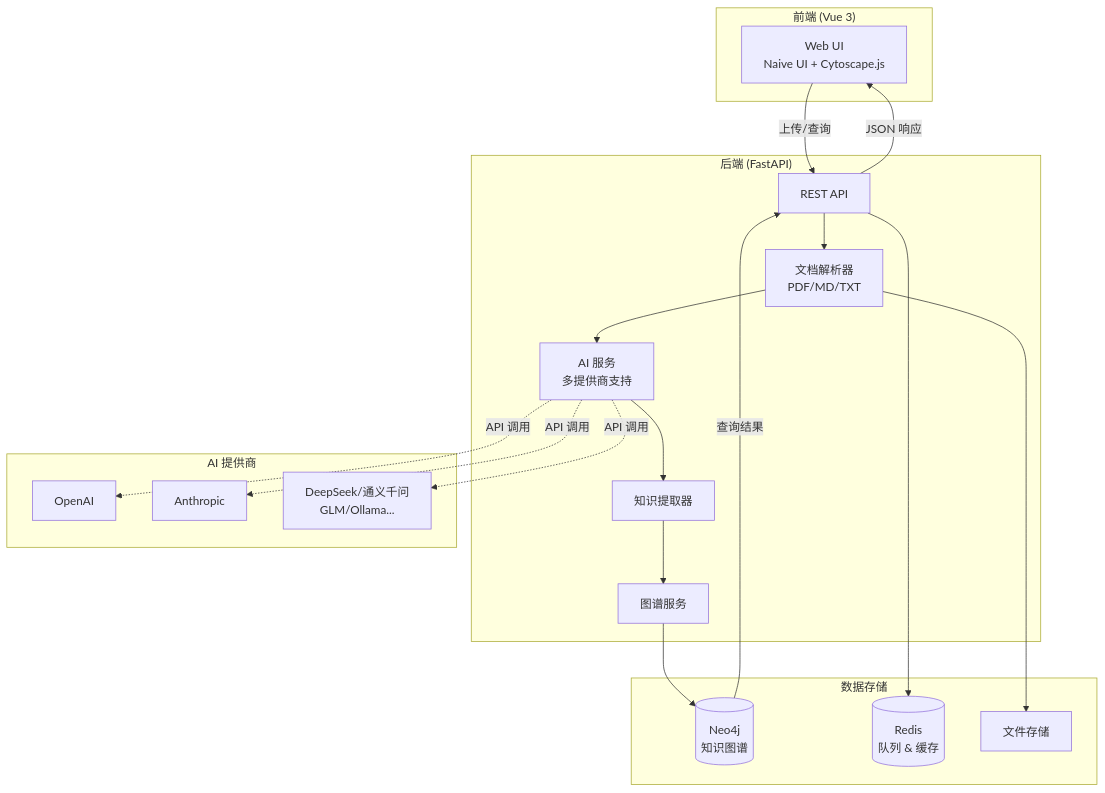
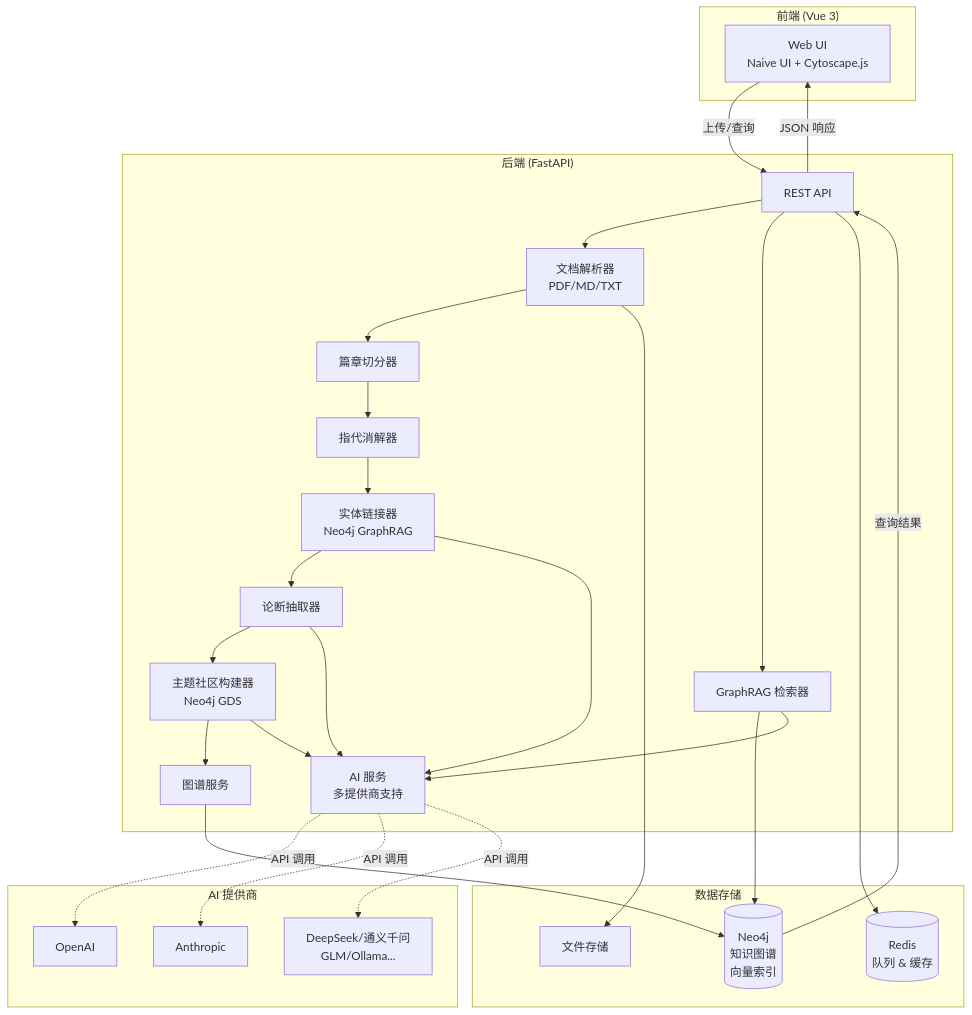
One commit to MapleQiAN/LunarInsight changed the second of 2 diagrams in README.md. Above: the diagram before and after it, drawn with Mermaid. The commit also changed other lines of this file, not shown here.

First line of the commit message:
Update README.md to include GraphRAG processing algorithms and enhancements

````diff
--- a/README.md
+++ b/README.md
@@ -107,42 +328,57 @@
 ```mermaid
 flowchart TB
     subgraph Frontend["前端 (Vue 3)"]
         UI[Web UI<br/>Naive UI + Cytoscape.js]
     end
     
     subgraph Backend["后端 (FastAPI)"]
         API[REST API]
         Parser[文档解析器<br/>PDF/MD/TXT]
         AIService[AI 服务<br/>多提供商支持]
-        Extractor[知识提取器]
+        Chunker[篇章切分器]
+        Coref[指代消解器]
+        EntityLinker[实体链接器<br/>Neo4j GraphRAG]
+        ClaimExtractor[论断抽取器]
+        ThemeBuilder[主题社区构建器<br/>Neo4j GDS]
+        GraphRAG[GraphRAG 检索器]
         GraphService[图谱服务]
     end
     
     subgraph Storage["数据存储"]
-        Neo4j[(Neo4j<br/>知识图谱)]
+        Neo4j[(Neo4j<br/>知识图谱<br/>向量索引)]
         Redis[(Redis<br/>队列 & 缓存)]
         Files[文件存储]
     end
     
     subgraph AI["AI 提供商"]
         OpenAI[OpenAI]
         Anthropic[Anthropic]
         Others[DeepSeek/通义千问<br/>GLM/Ollama...]
     end
     
     UI -->|上传/查询| API
     API --> Parser
-    Parser --> AIService
-    AIService --> Extractor
-    Extractor --> GraphService
+    Parser --> Chunker
+    Chunker --> Coref
+    Coref --> EntityLinker
+    EntityLinker --> ClaimExtractor
+    ClaimExtractor --> ThemeBuilder
+    ThemeBuilder --> GraphService
     GraphService --> Neo4j
+    
+    API --> GraphRAG
+    GraphRAG --> Neo4j
+    GraphRAG --> AIService
+    EntityLinker --> AIService
+    ClaimExtractor --> AIService
+    ThemeBuilder --> AIService
     API --> Redis
     Parser --> Files
     
     AIService -.->|API 调用| OpenAI
     AIService -.->|API 调用| Anthropic
     AIService -.->|API 调用| Others
     
     Neo4j -->|查询结果| API
     API -->|JSON 响应| UI
 ```
````
